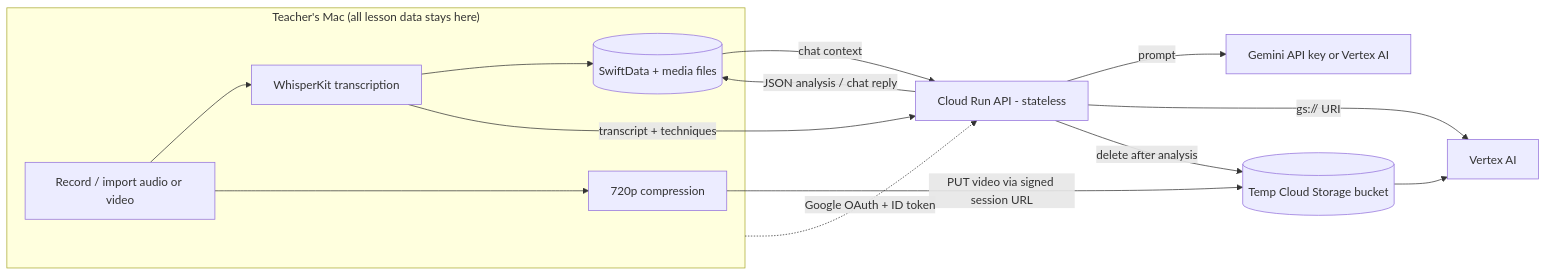
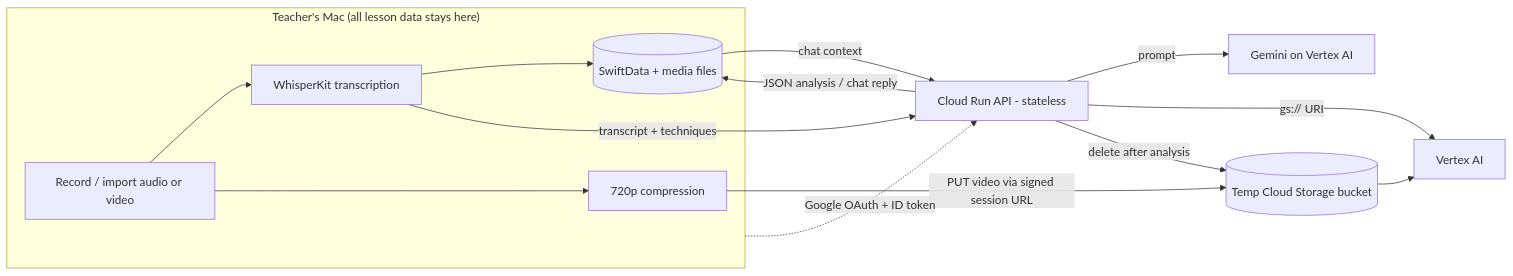
One commit to psd401/lessonlens changed the diagram in openwiki/architecture/overview.md. Above: the diagram before and after it, drawn with Mermaid. The commit also changed 12 other files, not shown here.

````diff
--- a/openwiki/architecture/overview.md
+++ b/openwiki/architecture/overview.md
@@ -38,17 +38,17 @@
 ```mermaid
 flowchart LR
     subgraph Mac["Teacher's Mac (all lesson data stays here)"]
         REC[Record / import audio or video] --> WK[WhisperKit transcription]
         WK --> SD[(SwiftData + media files)]
         REC --> CMP[720p compression]
     end
     WK -- transcript + techniques --> API
     CMP -- PUT video via signed session URL --> GCS[(Temp Cloud Storage bucket)]
     SD -- chat context --> API
-    API[Cloud Run API - stateless] -- prompt --> GEM[Gemini API key or Vertex AI]
+    API[Cloud Run API - stateless] -- prompt --> GEM[Gemini on Vertex AI]
     API -- gs:// URI --> VTX[Vertex AI]
     GCS --> VTX
     API -- delete after analysis --> GCS
     API -- JSON analysis / chat reply --> SD
     Mac -. Google OAuth + ID token .-> API
 ```
````
